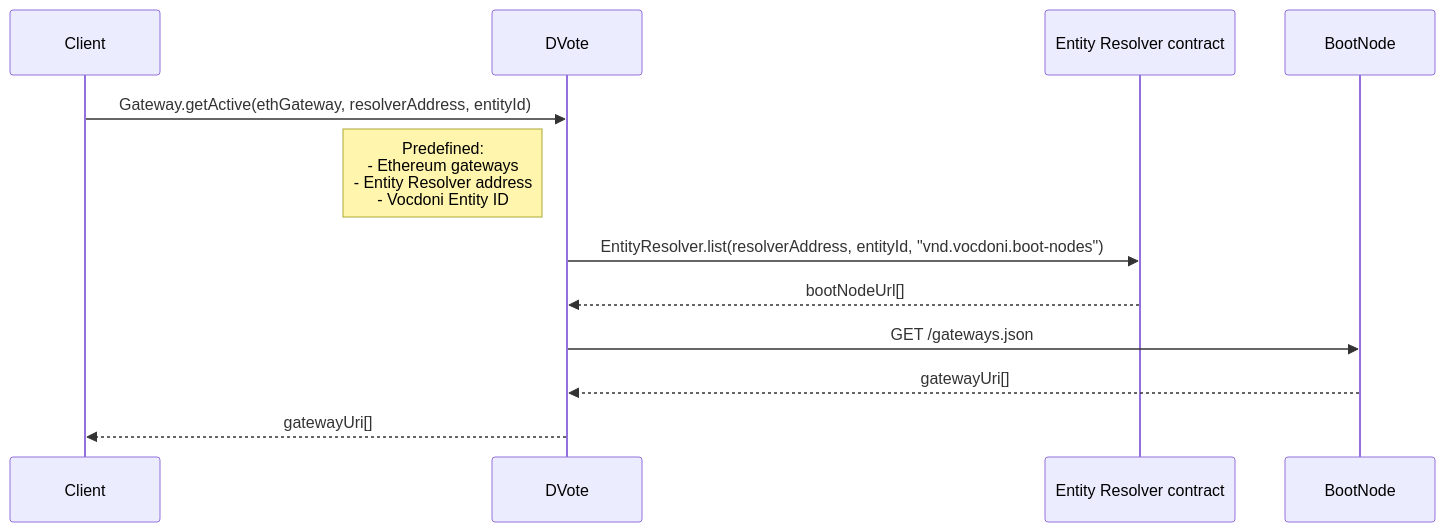
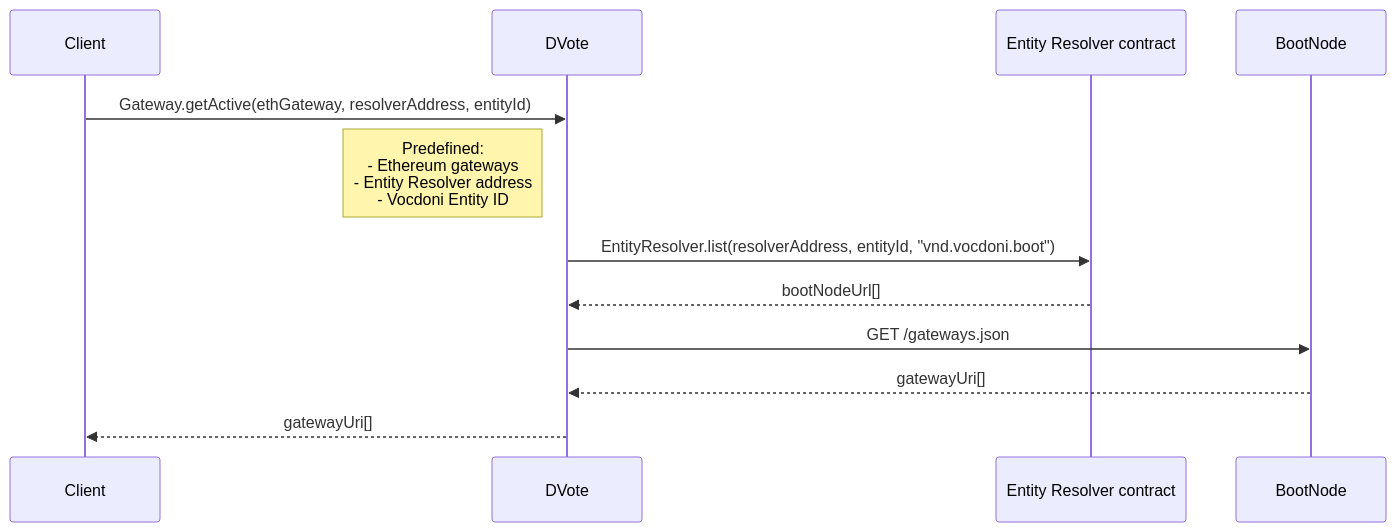
Before and after one commit to vocdoni/docs: the second of 15 diagrams in docs/architecture/sequence-diagrams.md, drawn with Mermaid. The commit also changed 1 other file, not shown here.

Commit message:
Minor change

````diff
--- a/docs/architecture/sequence-diagrams.md
+++ b/docs/architecture/sequence-diagrams.md
@@ -96,19 +96,19 @@
 ```mermaid
 
 sequenceDiagram
     participant Client
     participant DV as DVote
     participant ER as Entity Resolver contract
     participant BN as BootNode
 
 
     Client->>DV: Gateway.getActive(ethGateway, resolverAddress, entityId)
         Note left of DV: Predefined:<br/>- Ethereum gateways<br/>- Entity Resolver address<br/>- Vocdoni Entity ID
 
-        DV->>ER: EntityResolver.list(resolverAddress, entityId, "vnd.vocdoni.boot-nodes")
+        DV->>ER: EntityResolver.list(resolverAddress, entityId, "vnd.vocdoni.boot")
         ER-->>DV: bootNodeUrl[]
     
         DV->>BN: GET /gateways.json
         BN-->>DV: gatewayUri[]
     DV-->>Client: gatewayUri[]
 ```
````
